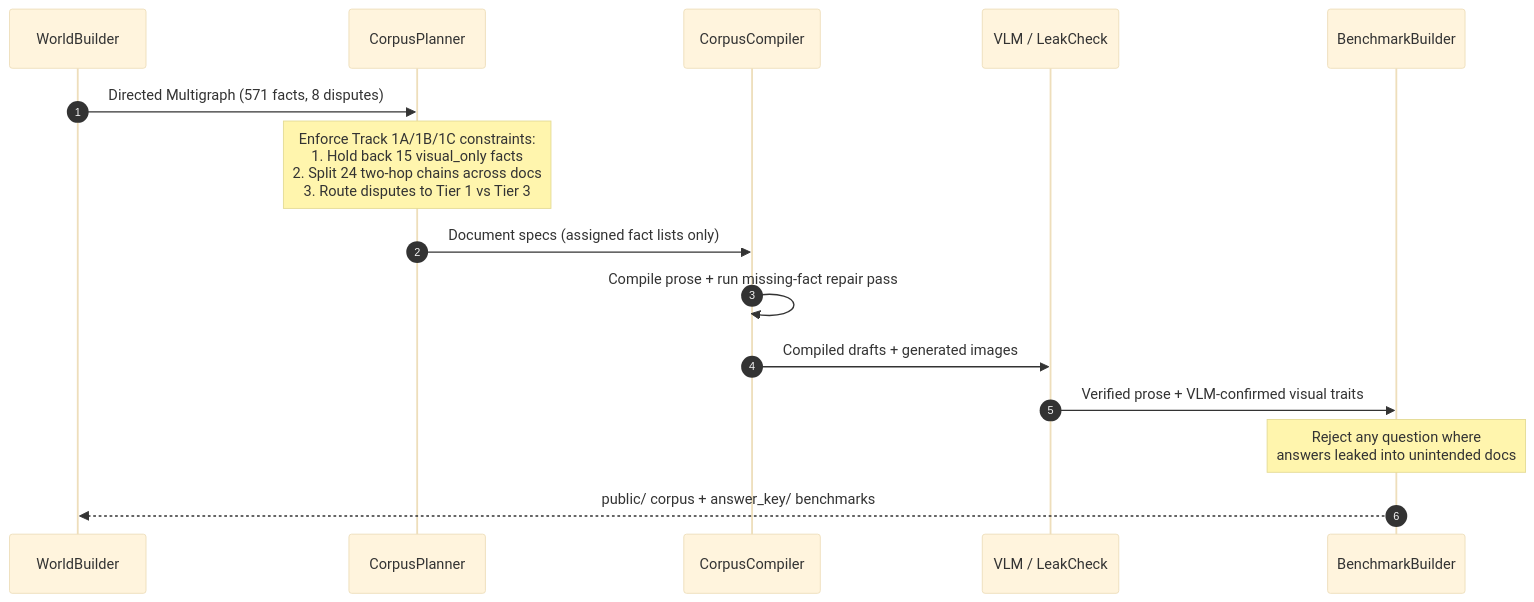
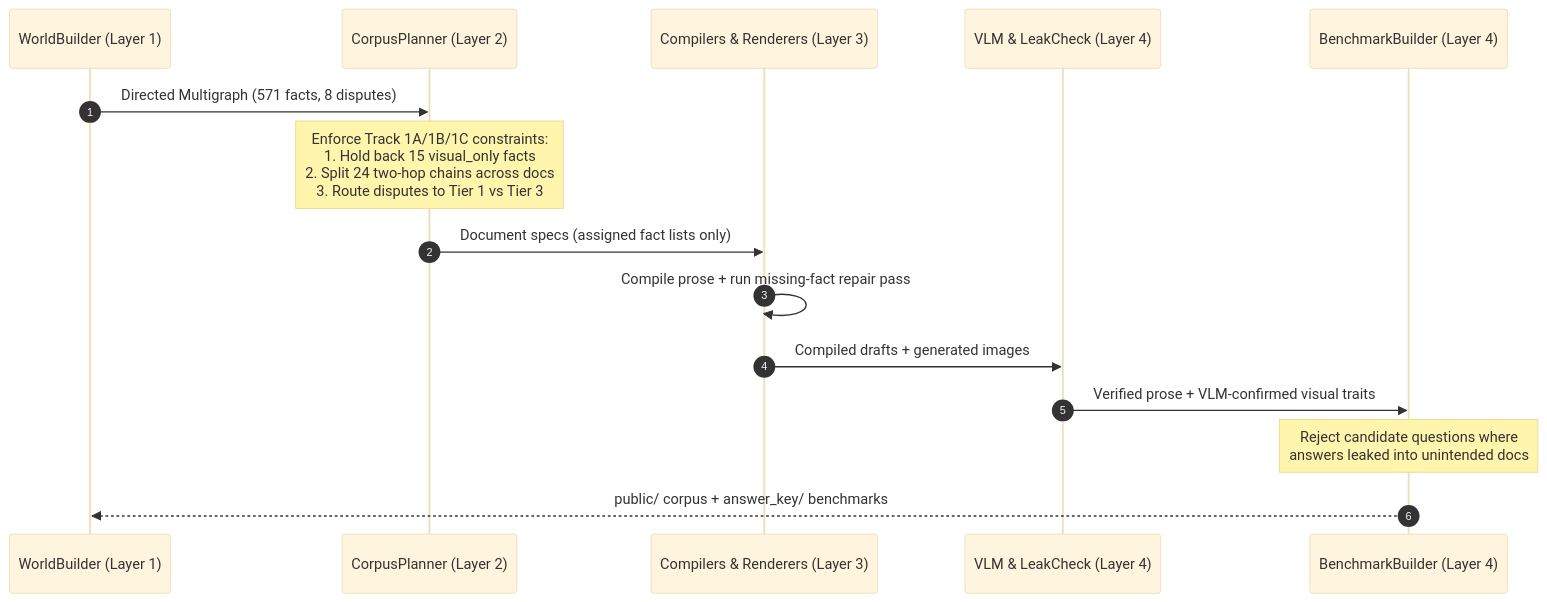
The second of 2 diagrams in README.md (NavinYP/synthlore), drawn with Mermaid (base theme) before and after one commit. The commit also changed other lines of this file, not shown here.

Commit message:
docs: reframe README around Synthlore and 4-layer architecture

````diff
--- a/README.md
+++ b/README.md
@@ -66,18 +84,18 @@
 ```mermaid
 sequenceDiagram
     autonumber
-    participant W as WorldBuilder
-    participant P as CorpusPlanner
-    participant C as CorpusCompiler
-    participant V as VLM / LeakCheck
-    participant B as BenchmarkBuilder
+    participant W as WorldBuilder (Layer 1)
+    participant P as CorpusPlanner (Layer 2)
+    participant C as Compilers & Renderers (Layer 3)
+    participant V as VLM & LeakCheck (Layer 4)
+    participant B as BenchmarkBuilder (Layer 4)
 
     W->>P: Directed Multigraph (571 facts, 8 disputes)
     Note over P: Enforce Track 1A/1B/1C constraints:<br/>1. Hold back 15 visual_only facts<br/>2. Split 24 two-hop chains across docs<br/>3. Route disputes to Tier 1 vs Tier 3
     P->>C: Document specs (assigned fact lists only)
     C->>C: Compile prose + run missing-fact repair pass
     C->>V: Compiled drafts + generated images
     V->>B: Verified prose + VLM-confirmed visual traits
-    Note over B: Reject any question where<br/>answers leaked into unintended docs
+    Note over B: Reject candidate questions where<br/>answers leaked into unintended docs
     B-->>W: public/ corpus + answer_key/ benchmarks
 ```
````
